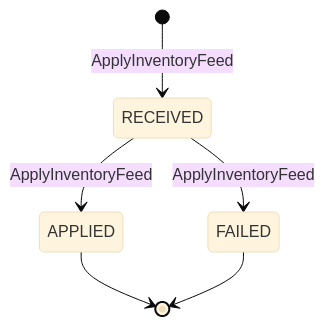
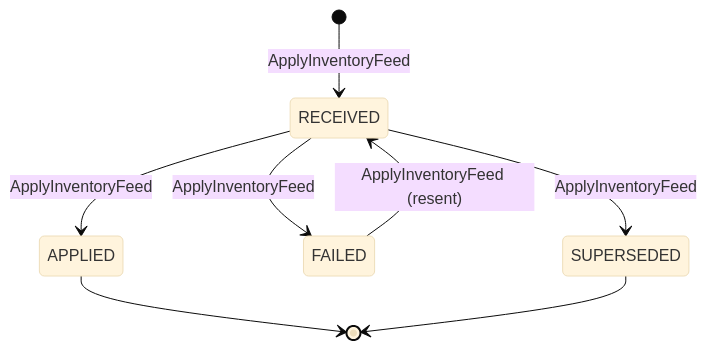
The third of 3 diagrams in network/docs/contexts/offer-availability/aggregate-design-canvas.md (IQVO/warehouse-docs), drawn with Mermaid (base theme) before and after one commit. The commit also changed other lines of this file and 10 other files, not shown here.

Commit message:
docs(network): offer-availability pack and model follow the repo (SUPERSEDED/resent feeds, discontinue suppresses listings, slugs)

````diff
--- a/network/docs/contexts/offer-availability/aggregate-design-canvas.md
+++ b/network/docs/contexts/offer-availability/aggregate-design-canvas.md
@@ -185,8 +185,10 @@
 ```mermaid
 stateDiagram-v2
     [*] --> RECEIVED: ApplyInventoryFeed
     RECEIVED --> APPLIED: ApplyInventoryFeed
     RECEIVED --> FAILED: ApplyInventoryFeed
+    RECEIVED --> SUPERSEDED: ApplyInventoryFeed
+    FAILED --> RECEIVED: ApplyInventoryFeed (resent)
     APPLIED --> [*]
-    FAILED --> [*]
+    SUPERSEDED --> [*]
 ```
````
